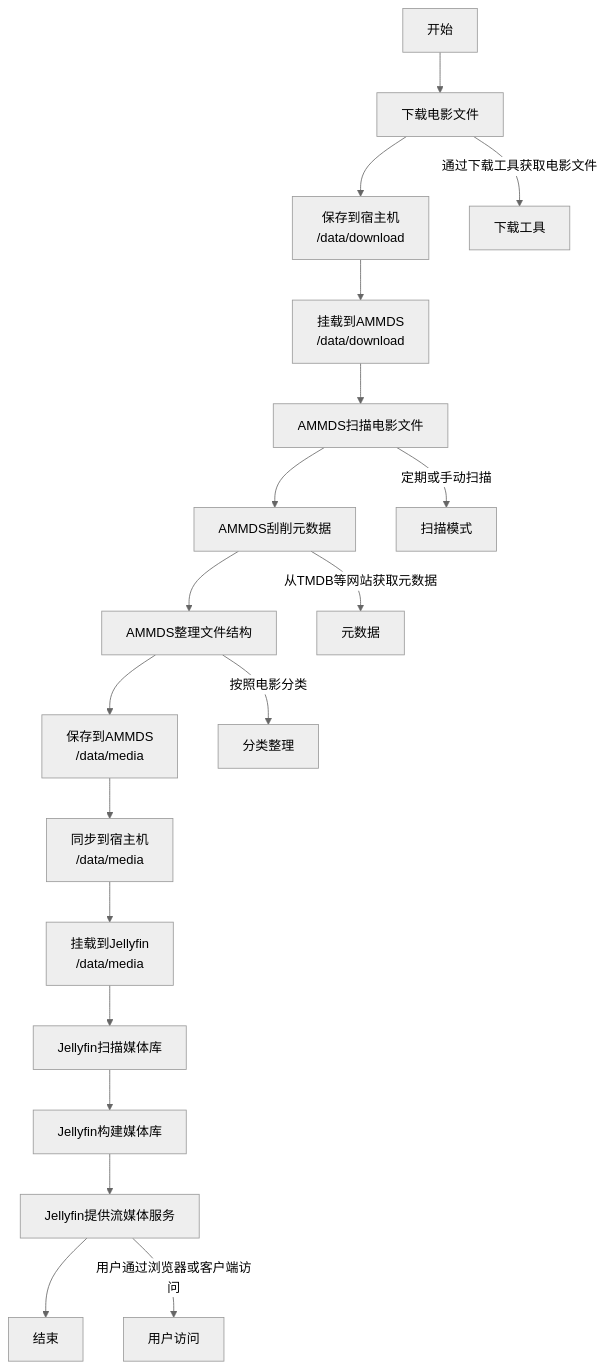
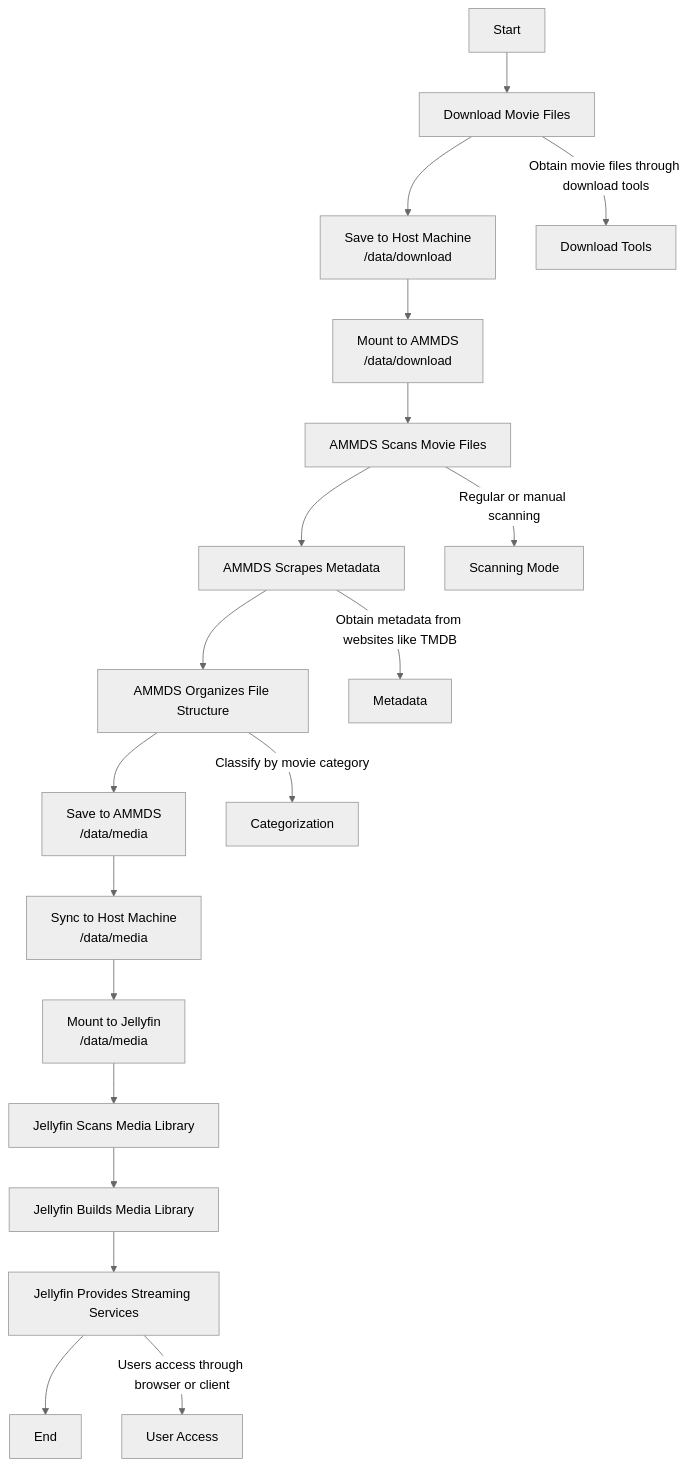
One commit to QYG2297248353/AMMDS-DOC changed the fourth of 5 diagrams in docs/usage/Mount.md. Above: the diagram before and after it, drawn with Mermaid (neutral theme). The commit also changed other lines of this file and 23 other files, not shown here.

````diff
--- a/docs/usage/Mount.md
+++ b/docs/usage/Mount.md
@@ -166,34 +166,34 @@
 ```mermaid
 flowchart TD
-    %% 开始
-    START["开始"] --> DOWNLOAD["下载电影文件"]
+    %% Start
+    START["Start"] --> DOWNLOAD["Download Movie Files"]
     
-    %% 下载阶段
-    DOWNLOAD --> SAVE_RAW["保存到宿主机<br/>/data/download"]
+    %% Download phase
+    DOWNLOAD --> SAVE_RAW["Save to Host Machine<br/>/data/download"]
     
-    %% AMMDS处理阶段
-    SAVE_RAW --> MOUNT_TO_AMMDS["挂载到AMMDS<br/>/data/download"]
-    MOUNT_TO_AMMDS --> SCAN["AMMDS扫描电影文件"]
-    SCAN --> SCRAPE["AMMDS刮削元数据"]
-    SCRAPE --> ORGANIZE["AMMDS整理文件结构"]
-    ORGANIZE --> SAVE_PROCESSED["保存到AMMDS<br/>/data/media"]
+    %% AMMDS processing phase
+    SAVE_RAW --> MOUNT_TO_AMMDS["Mount to AMMDS<br/>/data/download"]
+    MOUNT_TO_AMMDS --> SCAN["AMMDS Scans Movie Files"]
+    SCAN --> SCRAPE["AMMDS Scrapes Metadata"]
+    SCRAPE --> ORGANIZE["AMMDS Organizes File Structure"]
+    ORGANIZE --> SAVE_PROCESSED["Save to AMMDS<br/>/data/media"]
     
-    %% 宿主机同步阶段
-    SAVE_PROCESSED --> SYNC_TO_HOST["同步到宿主机<br/>/data/media"]
+    %% Host machine synchronization phase
+    SAVE_PROCESSED --> SYNC_TO_HOST["Sync to Host Machine<br/>/data/media"]
     
-    %% Jellyfin处理阶段
-    SYNC_TO_HOST --> MOUNT_TO_JELLYFIN["挂载到Jellyfin<br/>/data/media"]
-    MOUNT_TO_JELLYFIN --> JELLYFIN_SCAN["Jellyfin扫描媒体库"]
-    JELLYFIN_SCAN --> BUILD_LIBRARY["Jellyfin构建媒体库"]
-    BUILD_LIBRARY --> PROVIDE_STREAM["Jellyfin提供流媒体服务"]
+    %% Jellyfin processing phase
+    SYNC_TO_HOST --> MOUNT_TO_JELLYFIN["Mount to Jellyfin<br/>/data/media"]
+    MOUNT_TO_JELLYFIN --> JELLYFIN_SCAN["Jellyfin Scans Media Library"]
+    JELLYFIN_SCAN --> BUILD_LIBRARY["Jellyfin Builds Media Library"]
+    BUILD_LIBRARY --> PROVIDE_STREAM["Jellyfin Provides Streaming Services"]
     
-    %% 结束
-    PROVIDE_STREAM --> END["结束"]
+    %% End
+    PROVIDE_STREAM --> END["End"]
     
-    %% 流程说明
-    DOWNLOAD -->|"通过下载工具获取电影文件"| DOWNLOAD_TOOL["下载工具"]
-    SCAN -->|"定期或手动扫描"| SCAN_MODE["扫描模式"]
-    SCRAPE -->|"从TMDB等网站获取元数据"| METADATA["元数据"]
-    ORGANIZE -->|"按照电影分类"| CATEGORIZE["分类整理"]
-    PROVIDE_STREAM -->|"用户通过浏览器或客户端访问"| USER_ACCESS["用户访问"]
+    %% Process description
+    DOWNLOAD -->|"Obtain movie files through download tools"| DOWNLOAD_TOOL["Download Tools"]
+    SCAN -->|"Regular or manual scanning"| SCAN_MODE["Scanning Mode"]
+    SCRAPE -->|"Obtain metadata from websites like TMDB"| METADATA["Metadata"]
+    ORGANIZE -->|"Classify by movie category"| CATEGORIZE["Categorization"]
+    PROVIDE_STREAM -->|"Users access through browser or client"| USER_ACCESS["User Access"]
 ```
````
